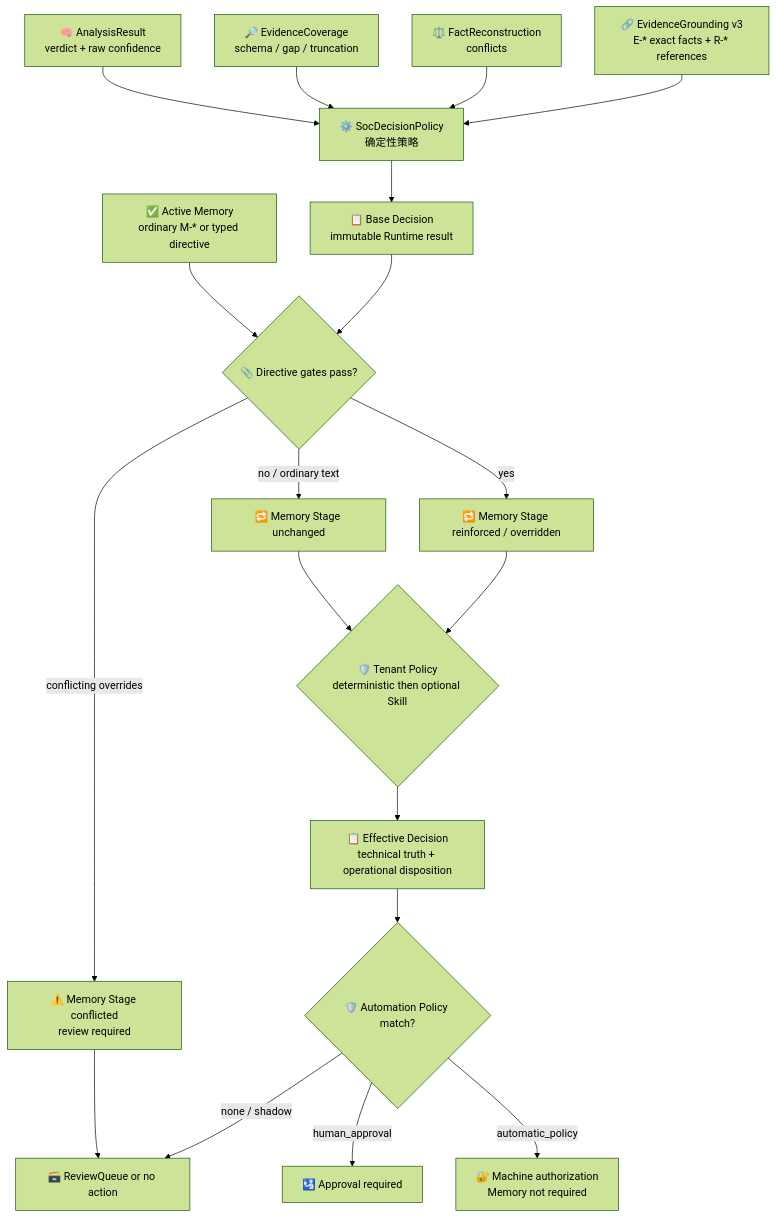
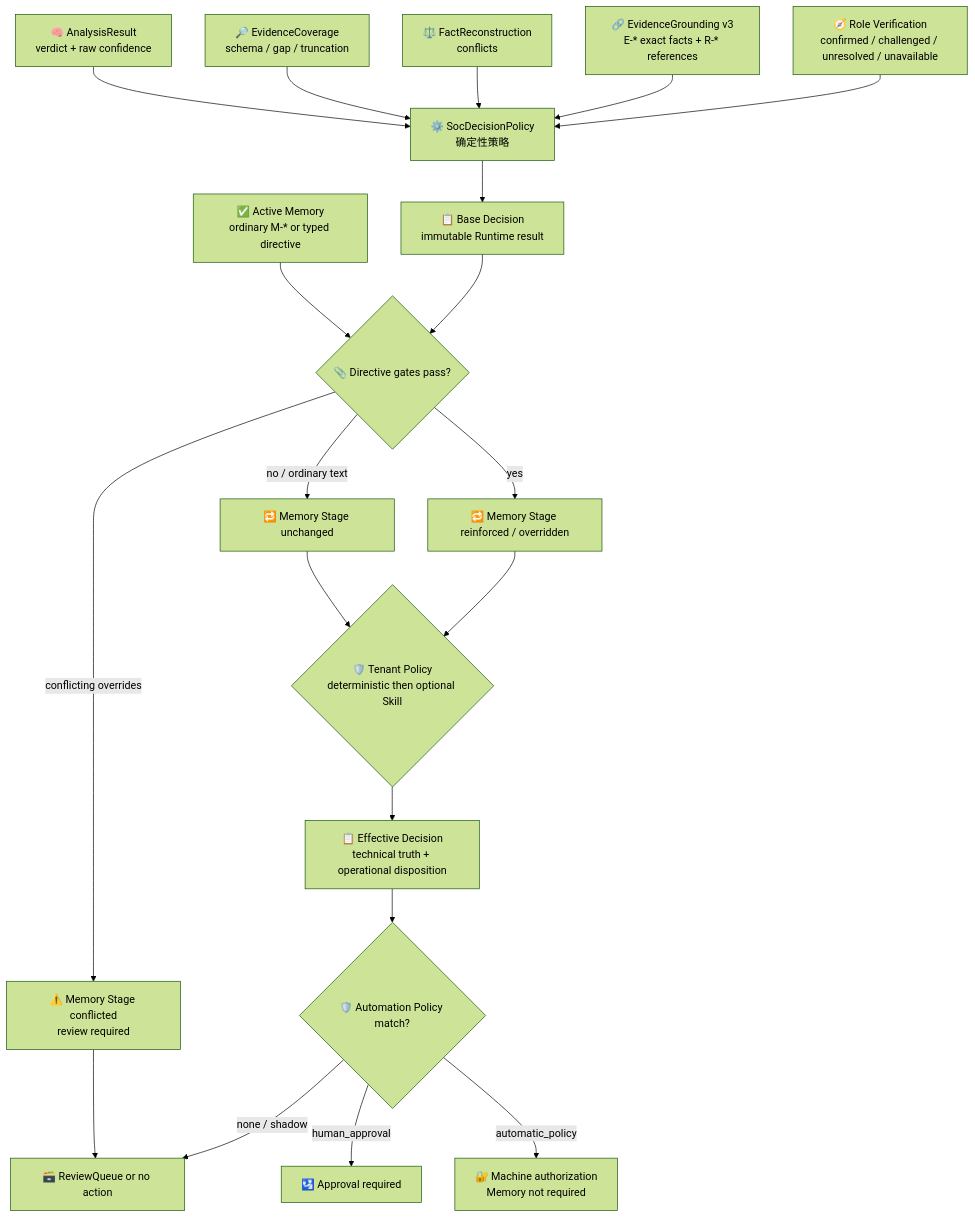
The fifth of 23 diagrams in .notes/ai_soc/alert-lifecycle-flow.md (yydspanda/deer-flow), drawn with Mermaid (forest theme) before and after one commit. The commit also changed other lines of this file and 60 other files, not shown here.

````diff
--- a/.notes/ai_soc/alert-lifecycle-flow.md
+++ b/.notes/ai_soc/alert-lifecycle-flow.md
@@ -341,21 +358,22 @@
 ```mermaid
 flowchart TD
     A["🧠 AnalysisResult<br/>verdict + raw confidence"] --> B["⚙️ SocDecisionPolicy<br/>确定性策略"]
     C["🔎 EvidenceCoverage<br/>schema / gap / truncation"] --> B
     D["⚖️ FactReconstruction<br/>conflicts"] --> B
     GR["🔗 EvidenceGrounding v3<br/>E-* exact facts + R-* references"] --> B
+    RV["🧭 Role Verification<br/>confirmed / challenged / unresolved / unavailable"] --> B
     B --> E["📋 Base Decision<br/>immutable Runtime result"]
     M["✅ Active Memory<br/>ordinary M-* or typed directive"] --> T{"📎 Directive gates pass?"}
     E --> T
     T -->|"no / ordinary text"| U["🔁 Memory Stage unchanged"]
     T -->|"yes"| V["🔁 Memory Stage reinforced / overridden"]
     T -->|"conflicting overrides"| W["⚠️ Memory Stage conflicted<br/>review required"]
     U --> TP{"🛡️ Tenant Policy<br/>deterministic then optional Skill"}
     V --> TP
     TP --> F["📋 Effective Decision<br/>technical truth + operational disposition"]
     F --> P{"🛡️ Automation Policy match?"}
     W --> Q
     P -->|"none / shadow"| Q["🗃️ ReviewQueue or no action"]
     P -->|"human_approval"| H["🛂 Approval required"]
     P -->|"automatic_policy"| X["🔐 Machine authorization<br/>Memory not required"]
 ```
````
